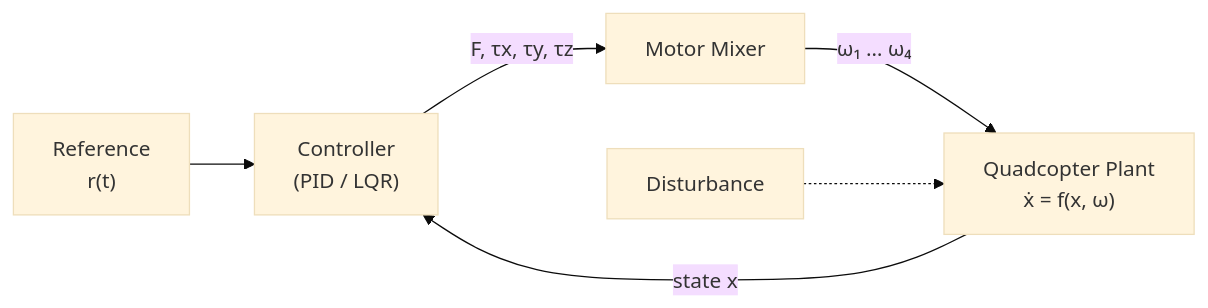
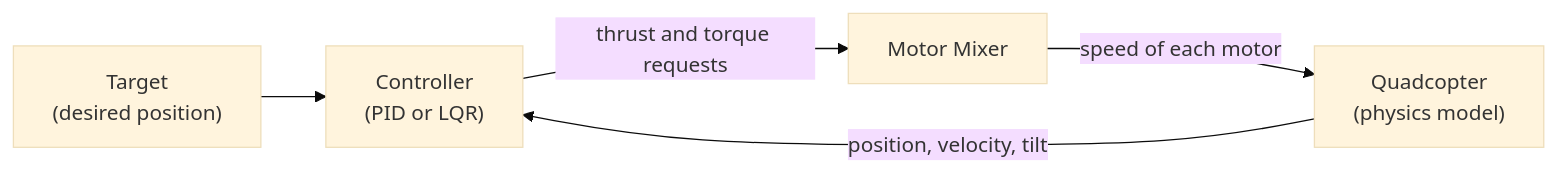
Before and after one commit to nitianvikas9982sharma-prog/QUADCOPTER_CONTROL_SYSTEM: the diagram in README.md, drawn with Mermaid (base theme). The commit also changed other lines of this file, not shown here.

````diff
--- a/README.md
+++ b/README.md
@@ -70,8 +70,7 @@
 ```mermaid
 flowchart LR
-    R["Reference<br/>r(t)"] --> C["Controller<br/>(PID / LQR)"]
-    C -- "F, τx, τy, τz" --> M["Motor Mixer"]
-    M -- "ω₁ … ω₄" --> P["Quadcopter Plant<br/>ẋ = f(x, ω)"]
-    P -- "state x" --> C
-    D["Disturbance"] -.-> P
+    A["Target<br/>(desired position)"] --> B["Controller<br/>(PID or LQR)"]
+    B -->|"thrust and torque requests"| C["Motor Mixer"]
+    C -->|"speed of each motor"| D["Quadcopter<br/>(physics model)"]
+    D -->|"position, velocity, tilt"| B
 ```
````
